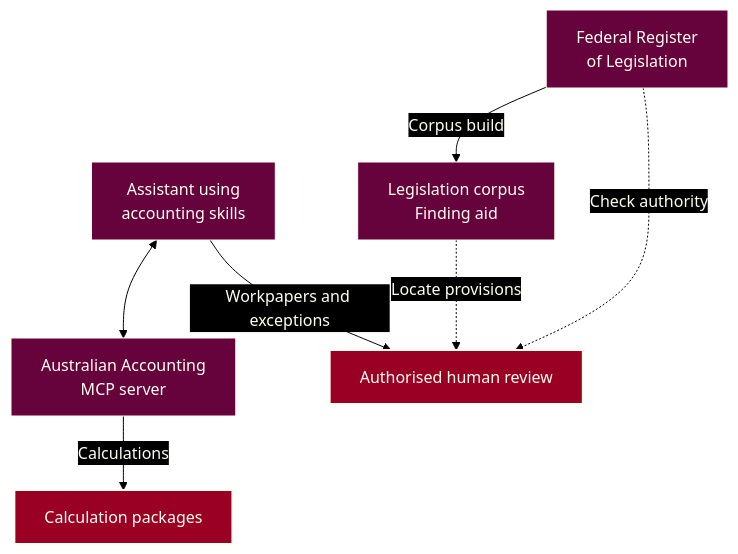
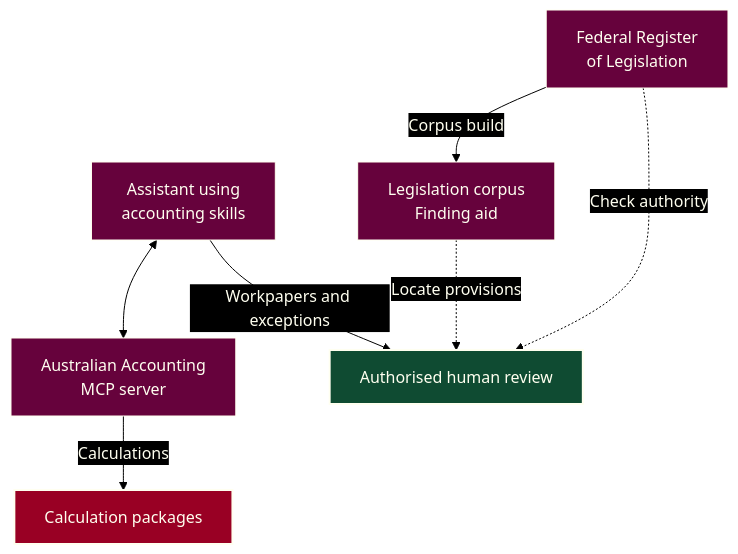
One commit to ryanduguid/ryanduguid changed the diagram in README.md. Above: the diagram before and after it, drawn with Mermaid.

Commit message:
Colour the human review node Rhodesian green

````diff
--- a/README.md
+++ b/README.md
@@ -50,12 +50,12 @@
 ```mermaid
 flowchart TB
 %%{init: {"theme": "base", "look": "classic", "themeVariables": {"background": "#000000", "primaryColor": "#66023C", "primaryTextColor": "#FFFFF0", "primaryBorderColor": "#FFFFF0", "lineColor": "#000000", "textColor": "#FFFFF0", "edgeLabelBackground": "#000000", "clusterBkg": "#000000", "clusterBorder": "#FFFFF0", "titleColor": "#FFFFF0"}, "themeCSS": ".flowchart-link, .relationshipLine, marker path { filter: drop-shadow(0px 1px 0px #FFFFF0) drop-shadow(0px -1px 0px #FFFFF0) drop-shadow(1px 0px 0px #FFFFF0) drop-shadow(-1px 0px 0px #FFFFF0); }"}}%%
     assistant["Assistant using<br/>accounting skills"] <--> mcp["Australian Accounting<br/>MCP server"]
     mcp -->|Calculations| engines["Calculation packages"]
     assistant -->|Workpapers and exceptions| reviewer["Authorised human review"]
     official["Federal Register<br/>of Legislation"] -->|Corpus build| corpus["Legislation corpus<br/>Finding aid"]
     corpus -. Locate provisions .-> reviewer
     official -. Check authority .-> reviewer
     style engines fill:#990024,stroke:#FFFFF0,stroke-width:2px,color:#FFFFF0
-    style reviewer fill:#990024,stroke:#FFFFF0,stroke-width:2px,color:#FFFFF0
+    style reviewer fill:#0F4B32,stroke:#FFFFF0,stroke-width:2px,color:#FFFFF0
 ```
````
